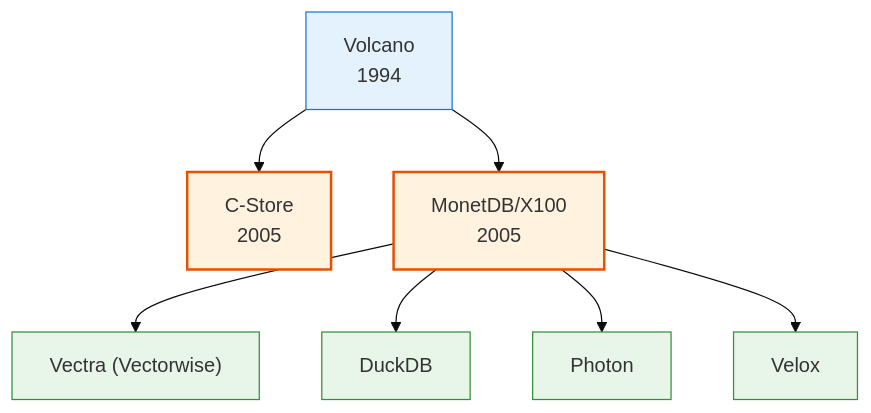
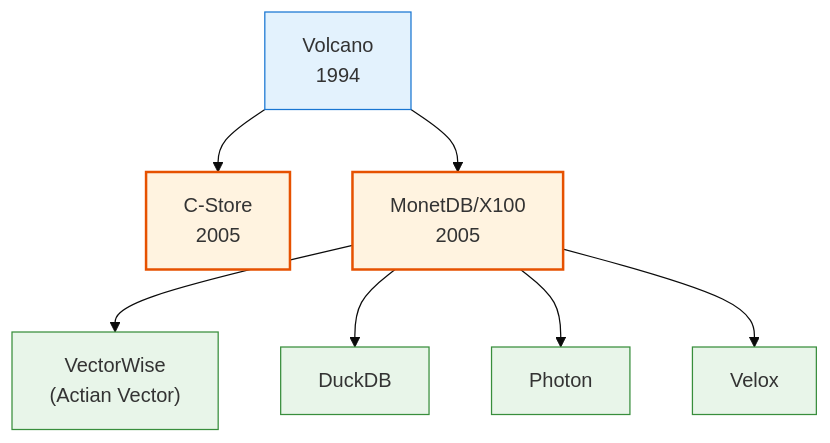
The fourth of 9 diagrams in lecture-outlines/day33-vectorized-optimization-i/slides.md (ufdatastudio/cop5725fa26), drawn with Mermaid (base theme) before and after one commit. The commit also changed other lines of this file and 33 other files, not shown here.

````diff
--- a/lecture-outlines/day33-vectorized-optimization-i/slides.md
+++ b/lecture-outlines/day33-vectorized-optimization-i/slides.md
@@ -209,15 +209,15 @@
 ```mermaid
 graph TB
   V["Volcano<br/>1994"] --> CS["C-Store<br/>2005"]
   V --> X["MonetDB/X100<br/>2005"]
-  X --> Vec["Vectra (Vectorwise)"]
+  X --> Vec["VectorWise<br/>(Actian Vector)"]
   X --> DD["DuckDB"]
   X --> Ph["Photon"]
   X --> Vel["Velox"]
   classDef old fill:#e3f2fd,stroke:#1976d2
   classDef new fill:#fff3e0,stroke:#e65100,stroke-width:2px
   classDef modern fill:#e8f5e9,stroke:#388e3c
   class V old
   class CS,X new
   class Vec,DD,Ph,Vel modern
 ```
````
